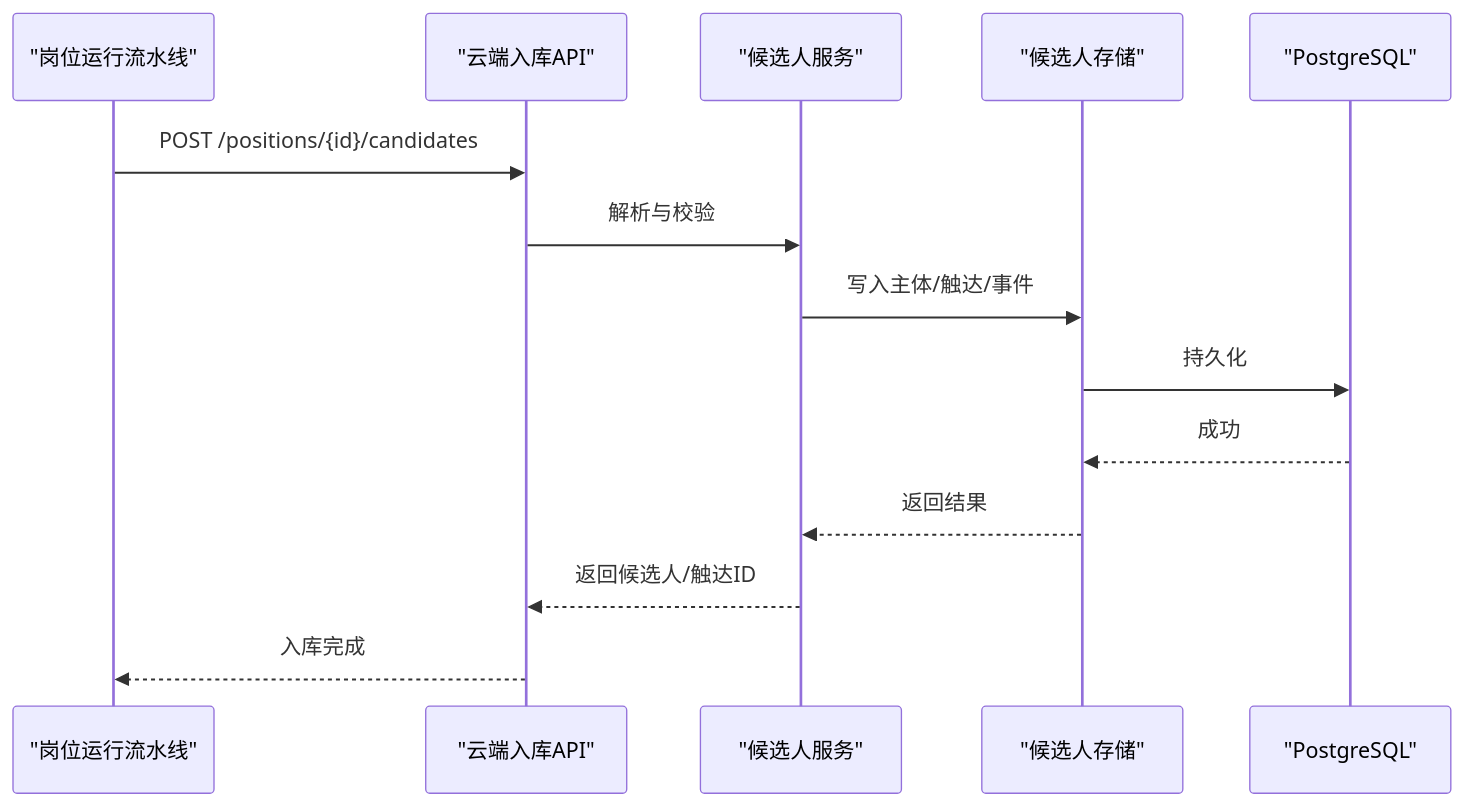
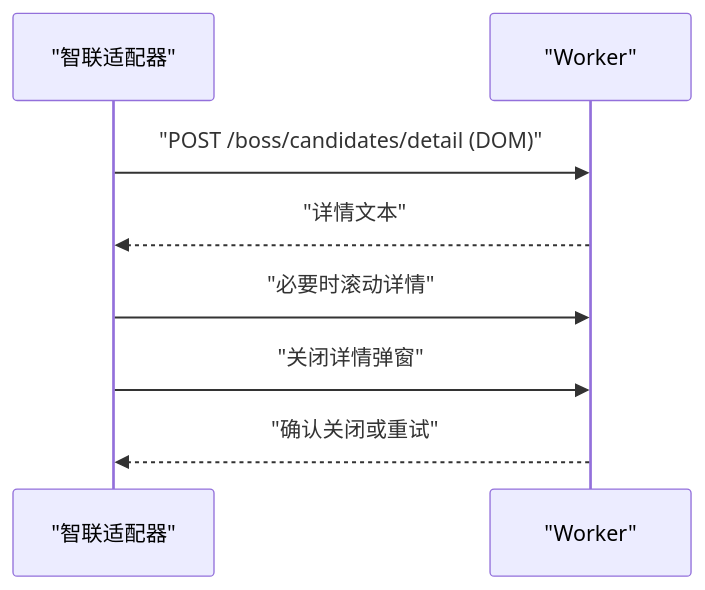
The fourth of 7 diagrams in .qoder/repowiki/zh/content/本地执行器/平台适配器/智联招聘适配器/候选人处理.md (alvinwangzi/goodhr), drawn with Mermaid before and after one commit. The commit also changed other lines of this file and 149 other files, not shown here.

````diff
--- a/.qoder/repowiki/zh/content/本地执行器/平台适配器/智联招聘适配器/候选人处理.md
+++ b/.qoder/repowiki/zh/content/本地执行器/平台适配器/智联招聘适配器/候选人处理.md
@@ -221,16 +174,10 @@
 ```mermaid
 sequenceDiagram
-participant Runner as "岗位运行流水线"
-participant API as "云端入库API"
-participant Svc as "候选人服务"
-participant Store as "候选人存储"
-participant DB as "PostgreSQL"
-Runner->>API : POST /positions/{id}/candidates
-API->>Svc : 解析与校验
-Svc->>Store : 写入主体/触达/事件
-Store->>DB : 持久化
-DB-->>Store : 成功
-Store-->>Svc : 返回结果
-Svc-->>API : 返回候选人/触达ID
-API-->>Runner : 入库完成
+participant ZP as "智联适配器"
+participant Worker as "Worker"
+ZP->>Worker : "POST /boss/candidates/detail (DOM)"
+Worker-->>ZP : "详情文本"
+ZP->>Worker : "必要时滚动详情"
+ZP->>Worker : "关闭详情弹窗"
+Worker-->>ZP : "确认关闭或重试"
 ```
````
